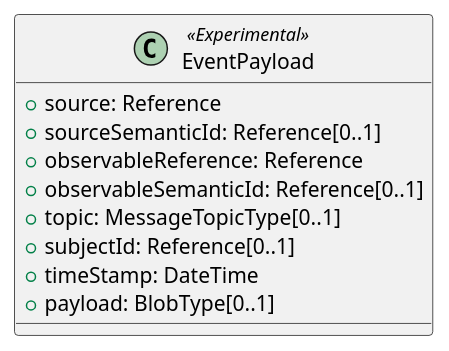
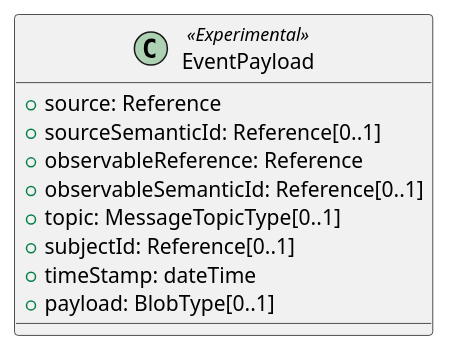
One commit to admin-shell-io/aas-specs changed the diagram in documentation/IDTA-01001/modules/ROOT/partials/diagrams/classes/event-payload.puml. Above: the diagram before and after it, drawn with PlantUML.

Commit message:
fix primitive data types: start with small letter

```diff
--- a/documentation/IDTA-01001/modules/ROOT/partials/diagrams/classes/event-payload.puml
+++ b/documentation/IDTA-01001/modules/ROOT/partials/diagrams/classes/event-payload.puml
@@ -1,12 +1,12 @@
 @startuml
 class EventPayload <<Experimental>> {
   +source: Reference
   +sourceSemanticId: Reference[0..1]
   +observableReference: Reference
   +observableSemanticId: Reference[0..1]
   +topic: MessageTopicType[0..1]
   +subjectId: Reference[0..1]
-  +timeStamp: DateTime
+  +timeStamp: dateTime
   +payload: BlobType[0..1]
 }
 @enduml
```
